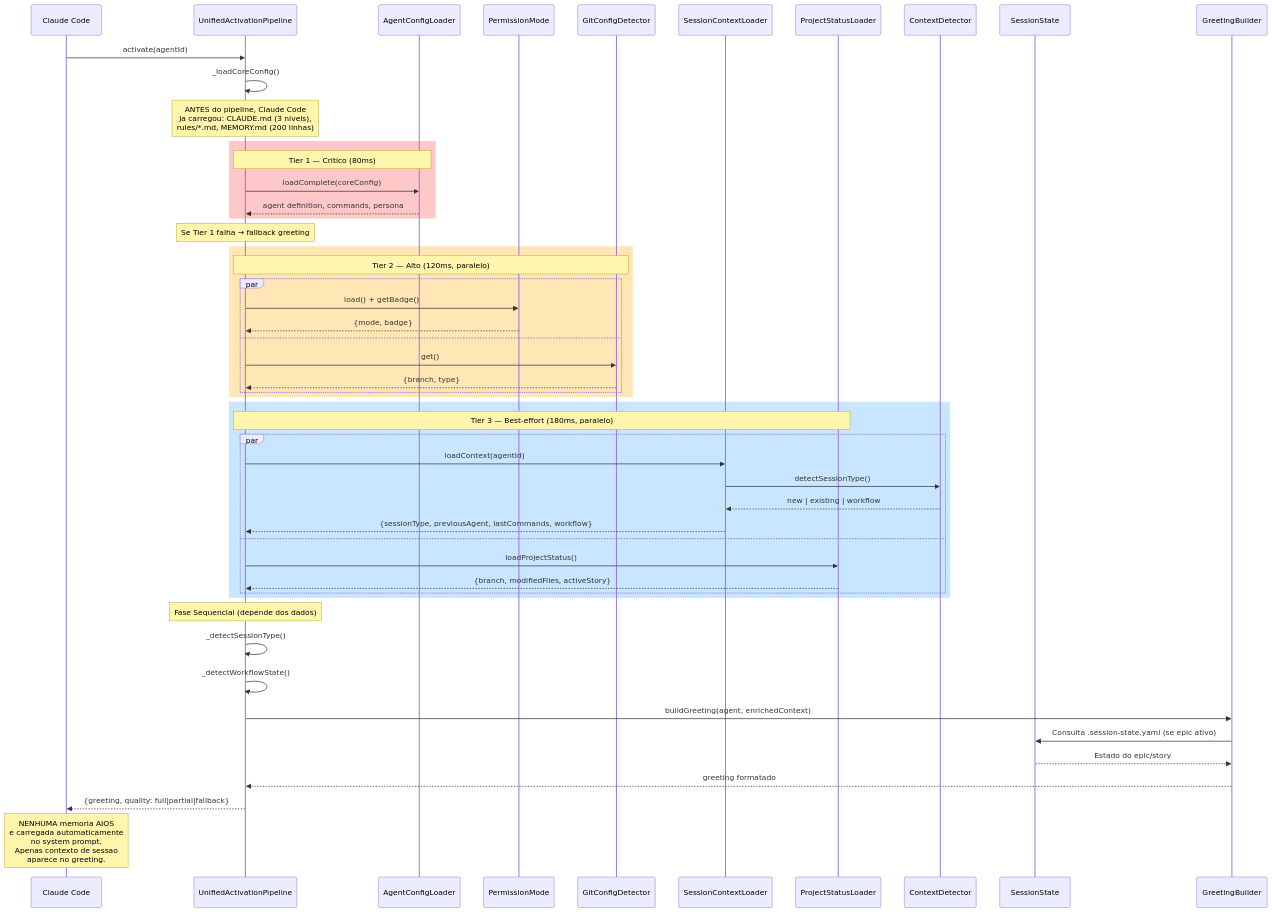
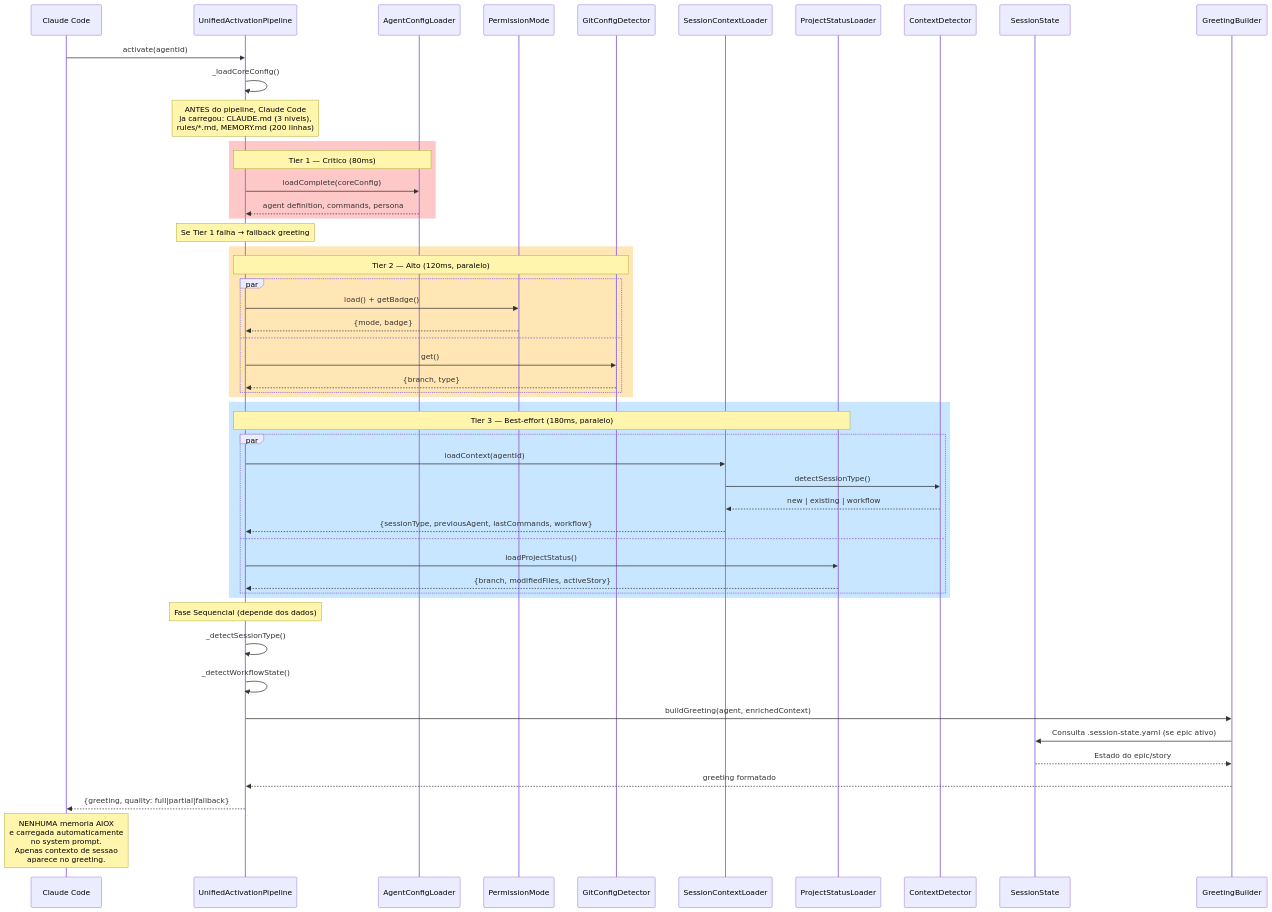
The eighth of 18 diagrams in docs/guides/MEMORY-SYSTEM.md (fabioeducacross/-Book-de-Resultados), drawn with Mermaid before and after one commit. The commit also changed other lines of this file and 867 other files, not shown here.

````diff
--- a/docs/guides/MEMORY-SYSTEM.md
+++ b/docs/guides/MEMORY-SYSTEM.md
@@ -362,64 +362,64 @@
 ```mermaid
 sequenceDiagram
     participant CC as Claude Code
     participant UAP as UnifiedActivationPipeline
     participant ACL as AgentConfigLoader
     participant PM as PermissionMode
     participant GCD as GitConfigDetector
     participant SCL as SessionContextLoader
     participant PSL as ProjectStatusLoader
     participant CD as ContextDetector
     participant SS as SessionState
     participant GB as GreetingBuilder
 
     CC->>UAP: activate(agentId)
     UAP->>UAP: _loadCoreConfig()
 
     Note over UAP: ANTES do pipeline, Claude Code<br/>ja carregou: CLAUDE.md (3 niveis),<br/>rules/*.md, MEMORY.md (200 linhas)
 
     rect rgb(255, 200, 200)
         Note over UAP,ACL: Tier 1 — Critico (80ms)
         UAP->>ACL: loadComplete(coreConfig)
         ACL-->>UAP: agent definition, commands, persona
     end
 
     Note over UAP: Se Tier 1 falha → fallback greeting
 
     rect rgb(255, 230, 180)
         Note over UAP,GCD: Tier 2 — Alto (120ms, paralelo)
         par
             UAP->>PM: load() + getBadge()
             PM-->>UAP: {mode, badge}
         and
             UAP->>GCD: get()
             GCD-->>UAP: {branch, type}
         end
     end
 
     rect rgb(200, 230, 255)
         Note over UAP,PSL: Tier 3 — Best-effort (180ms, paralelo)
         par
             UAP->>SCL: loadContext(agentId)
             SCL->>CD: detectSessionType()
             CD-->>SCL: new | existing | workflow
             SCL-->>UAP: {sessionType, previousAgent, lastCommands, workflow}
         and
             UAP->>PSL: loadProjectStatus()
             PSL-->>UAP: {branch, modifiedFiles, activeStory}
         end
     end
 
     Note over UAP: Fase Sequencial (depende dos dados)
 
     UAP->>UAP: _detectSessionType()
     UAP->>UAP: _detectWorkflowState()
 
     UAP->>GB: buildGreeting(agent, enrichedContext)
     GB->>SS: Consulta .session-state.yaml (se epic ativo)
     SS-->>GB: Estado do epic/story
     GB-->>UAP: greeting formatado
 
     UAP-->>CC: {greeting, quality: full|partial|fallback}
 
-    Note over CC: NENHUMA memoria AIOS<br/>e carregada automaticamente<br/>no system prompt.<br/>Apenas contexto de sessao<br/>aparece no greeting.
+    Note over CC: NENHUMA memoria AIOX<br/>e carregada automaticamente<br/>no system prompt.<br/>Apenas contexto de sessao<br/>aparece no greeting.
 ```
````
